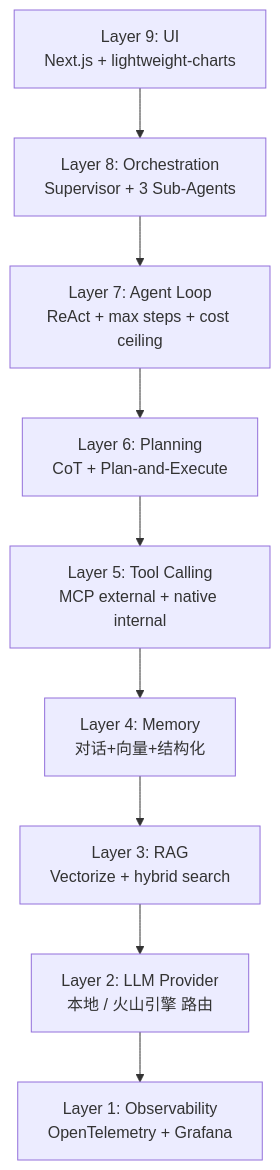
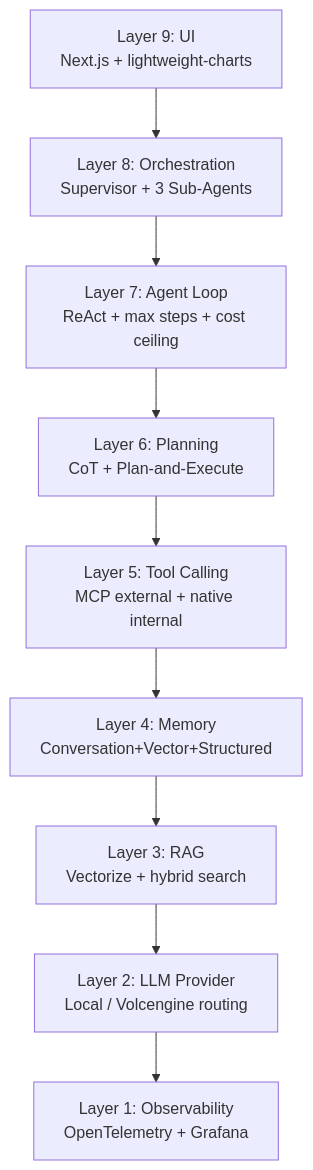
Before and after one commit to ZedeX/nova-invest: the second of 6 diagrams in docs/architecture/architecture.md, drawn with Mermaid. The commit also changed other lines of this file and 42 other files, not shown here.

````diff
--- a/docs/architecture/architecture.md
+++ b/docs/architecture/architecture.md
@@ -78,12 +78,12 @@
 ```mermaid
 flowchart TB
     L9[Layer 9: UI<br/>Next.js + lightweight-charts] --> L8
     L8[Layer 8: Orchestration<br/>Supervisor + 3 Sub-Agents] --> L7
     L7[Layer 7: Agent Loop<br/>ReAct + max steps + cost ceiling] --> L6
     L6[Layer 6: Planning<br/>CoT + Plan-and-Execute] --> L5
     L5[Layer 5: Tool Calling<br/>MCP external + native internal] --> L4
-    L4[Layer 4: Memory<br/>对话+向量+结构化] --> L3
+    L4[Layer 4: Memory<br/>Conversation+Vector+Structured] --> L3
     L3[Layer 3: RAG<br/>Vectorize + hybrid search] --> L2
-    L2[Layer 2: LLM Provider<br/>本地 / 火山引擎 路由] --> L1
+    L2[Layer 2: LLM Provider<br/>Local / Volcengine routing] --> L1
     L1[Layer 1: Observability<br/>OpenTelemetry + Grafana]
 ```
````
